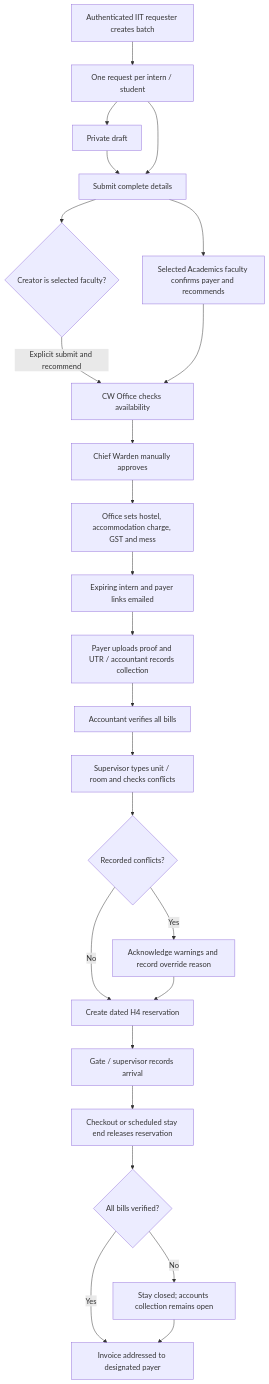
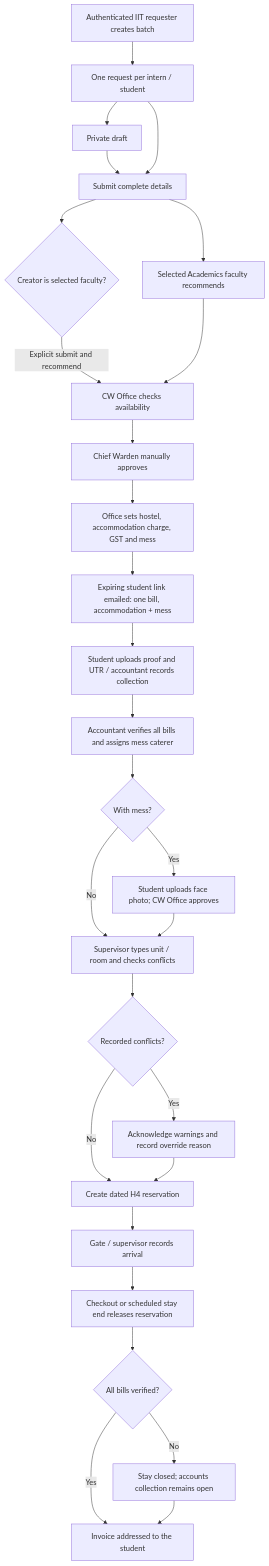
One commit to thisisdkyadav/hostel-management-system-backend changed the diagram in docs/accommodation-flow.md. Above: the diagram before and after it, drawn with Mermaid. The commit also changed other lines of this file, not shown here.

Commit message:
docs: H4 one student payment, mess capacity, mess photo review

````diff
--- a/docs/accommodation-flow.md
+++ b/docs/accommodation-flow.md
@@ -222,27 +222,30 @@
 ```mermaid
 flowchart TD
     A[Authenticated IIT requester creates batch] --> B[One request per intern / student]
     B --> D[Private draft]
     D --> E[Submit complete details]
     B --> E
-    E --> F[Selected Academics faculty confirms payer and recommends]
+    E --> F[Selected Academics faculty recommends]
     E --> G{Creator is selected faculty?}
     G -->|Explicit submit and recommend| O[CW Office checks availability]
     F --> O
     O --> C[Chief Warden manually approves]
     C --> Q[Office sets hostel, accommodation charge, GST and mess]
-    Q --> L[Expiring intern and payer links emailed]
-    L --> P[Payer uploads proof and UTR / accountant records collection]
-    P --> V[Accountant verifies all bills]
-    V --> R[Supervisor types unit / room and checks conflicts]
+    Q --> L[Expiring student link emailed: one bill, accommodation + mess]
+    L --> P[Student uploads proof and UTR / accountant records collection]
+    P --> V[Accountant verifies all bills and assigns mess caterer]
+    V --> K{With mess?}
+    K -->|Yes| H[Student uploads face photo; CW Office approves]
+    K -->|No| R
+    H --> R[Supervisor types unit / room and checks conflicts]
     R --> W{Recorded conflicts?}
     W -->|Yes| X[Acknowledge warnings and record override reason]
     W -->|No| Y[Create dated H4 reservation]
     X --> Y
     Y --> I[Gate / supervisor records arrival]
     I --> T[Checkout or scheduled stay end releases reservation]
     T --> Z{All bills verified?}
-    Z -->|Yes| N[Invoice addressed to designated payer]
+    Z -->|Yes| N[Invoice addressed to the student]
     Z -->|No| M[Stay closed; accounts collection remains open]
     M --> N
 ```
````
